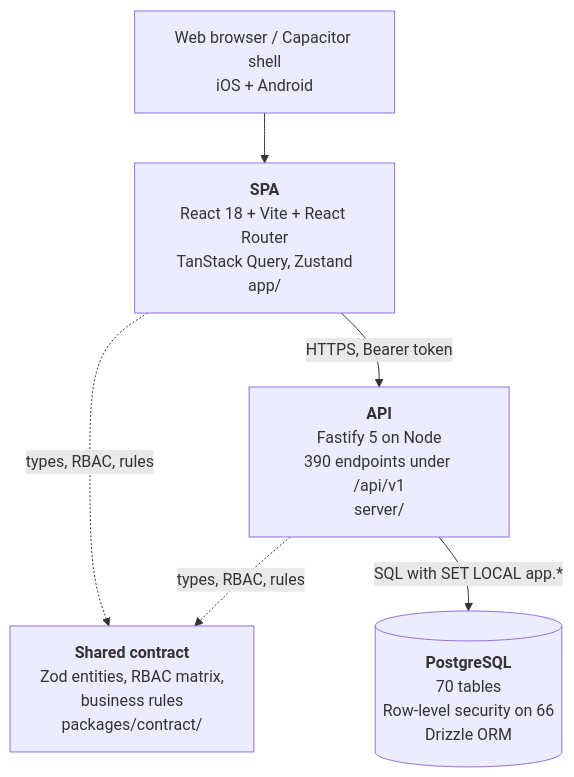
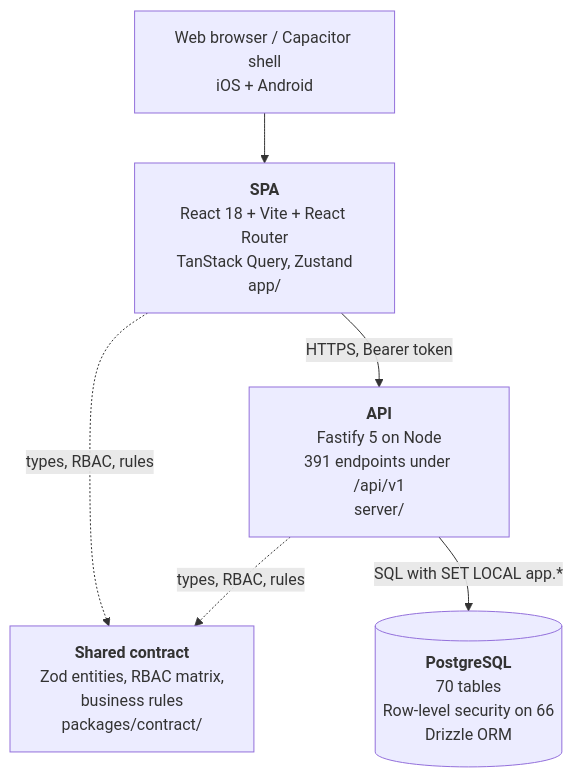
Before and after one commit to tazamohd/SlClNe: the second of 4 diagrams in docs/15_C4_ARCHITECTURE_DIAGRAMS/C4_MODEL.md, drawn with Mermaid. The commit also changed other lines of this file and 36 other files, not shown here.

````diff
--- a/docs/15_C4_ARCHITECTURE_DIAGRAMS/C4_MODEL.md
+++ b/docs/15_C4_ARCHITECTURE_DIAGRAMS/C4_MODEL.md
@@ -42,13 +42,13 @@
 ```mermaid
 flowchart TB
   browser["Web browser / Capacitor shell<br/>iOS + Android"]
   spa["<b>SPA</b><br/>React 18 + Vite + React Router<br/>TanStack Query, Zustand<br/>app/"]
-  api["<b>API</b><br/>Fastify 5 on Node<br/>390 endpoints under /api/v1<br/>server/"]
+  api["<b>API</b><br/>Fastify 5 on Node<br/>391 endpoints under /api/v1<br/>server/"]
   contract["<b>Shared contract</b><br/>Zod entities, RBAC matrix,<br/>business rules<br/>packages/contract/"]
   db[("<b>PostgreSQL</b><br/>70 tables<br/>Row-level security on 66<br/>Drizzle ORM")]
   browser --> spa
   spa -->|"HTTPS, Bearer token"| api
   spa -.->|"types, RBAC, rules"| contract
   api -.->|"types, RBAC, rules"| contract
   api -->|"SQL with SET LOCAL app.*"| db
 ```
````
